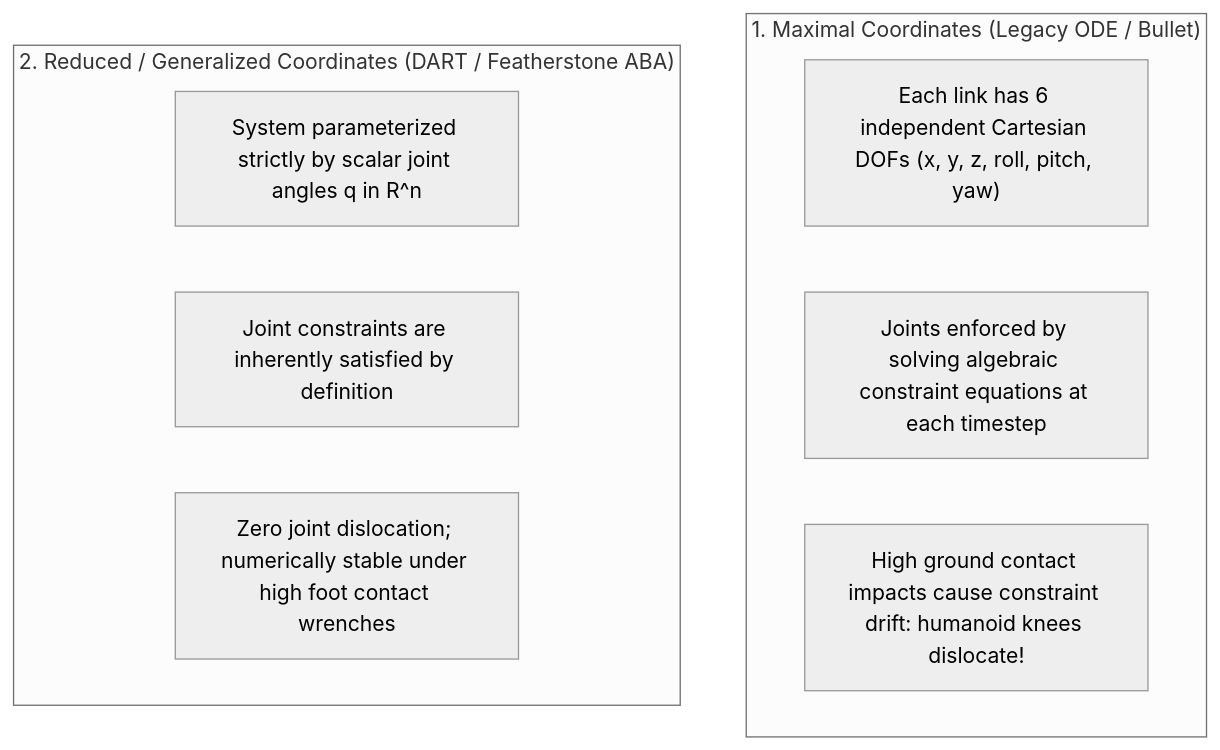
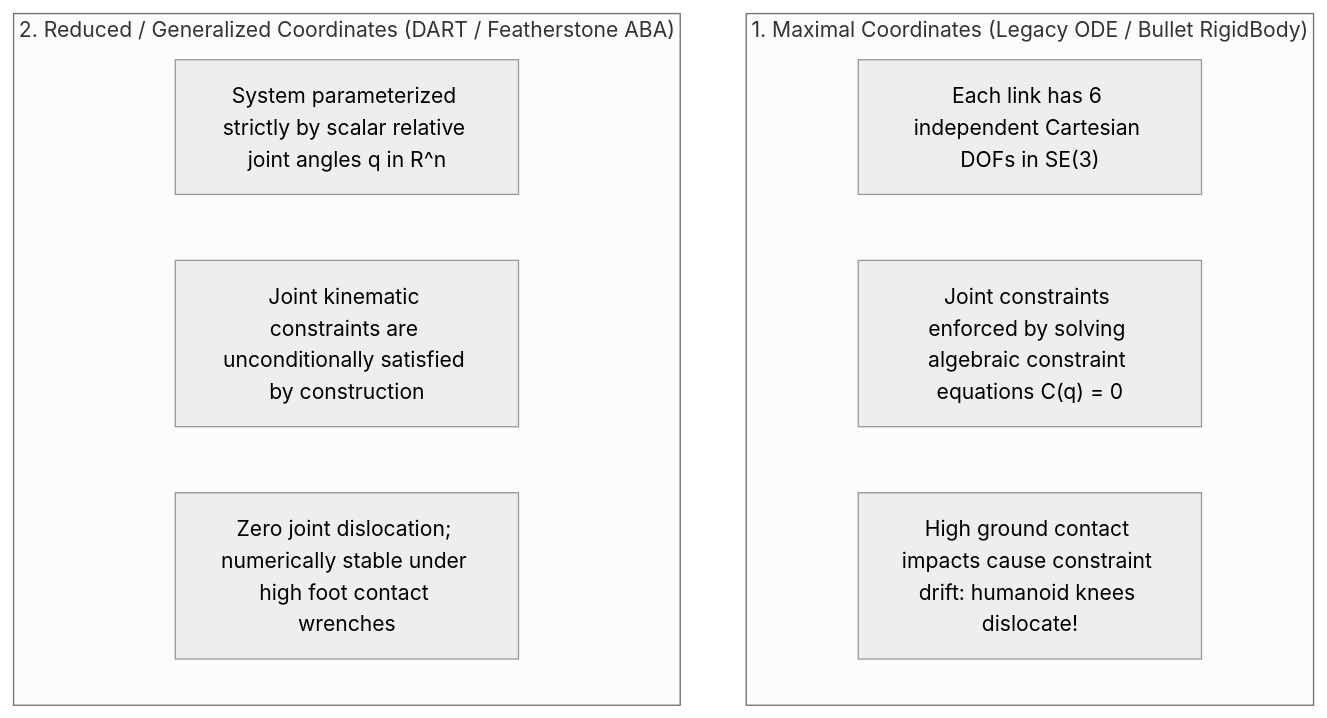
Before and after one commit to MudassirT/Physical-AI-Humanoid-Robotics: the second of 3 diagrams in ai-book-docs/module2-digital-twin/2-2-gazebo-simulation-engine.mdx, drawn with Mermaid (neutral theme). The commit also changed other lines of this file and 2 other files, not shown here.

````diff
--- a/ai-book-docs/module2-digital-twin/2-2-gazebo-simulation-engine.mdx
+++ b/ai-book-docs/module2-digital-twin/2-2-gazebo-simulation-engine.mdx
@@ -50,14 +54,14 @@
 ```mermaid
 graph TD
-    subgraph MaximalCoords["1. Maximal Coordinates (Legacy ODE / Bullet)"]
-        LinkMax["Each link has 6 independent Cartesian DOFs (x, y, z, roll, pitch, yaw)"]
-        JointsMax["Joints enforced by solving algebraic constraint equations at each timestep"]
+    subgraph MaximalCoords["1. Maximal Coordinates (Legacy ODE / Bullet RigidBody)"]
+        LinkMax["Each link has 6 independent Cartesian DOFs in SE(3)"]
+        JointsMax["Joint constraints enforced by solving algebraic constraint equations C(q) = 0"]
         ProblemMax["High ground contact impacts cause constraint drift: humanoid knees dislocate!"]
     end
 
     subgraph ReducedCoords["2. Reduced / Generalized Coordinates (DART / Featherstone ABA)"]
-        LinkRed["System parameterized strictly by scalar joint angles q in R^n"]
-        JointsRed["Joint constraints are inherently satisfied by definition"]
+        LinkRed["System parameterized strictly by scalar relative joint angles q in R^n"]
+        JointsRed["Joint kinematic constraints are unconditionally satisfied by construction"]
         AdvantageRed["Zero joint dislocation; numerically stable under high foot contact wrenches"]
     end
 ```
````
